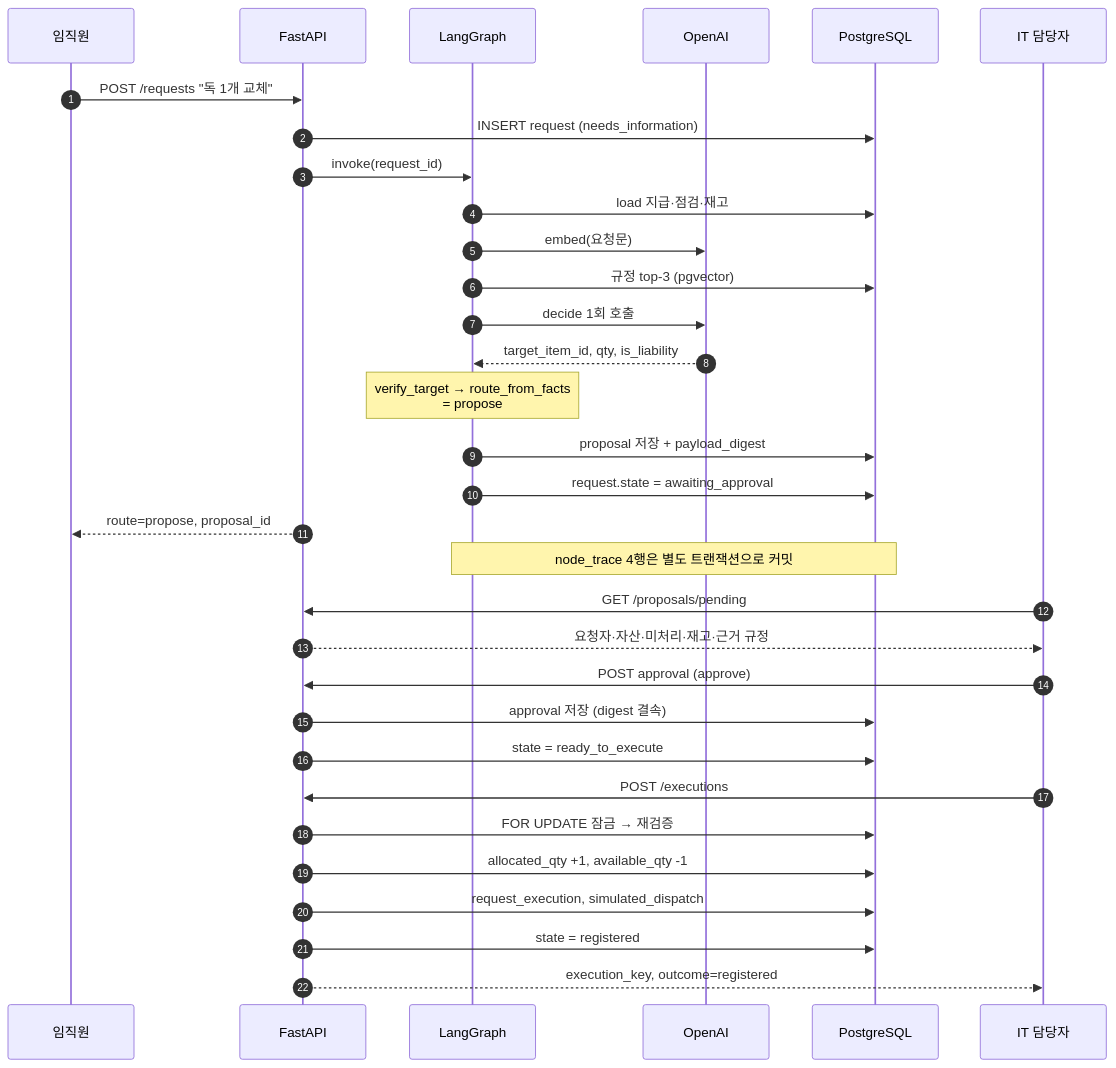
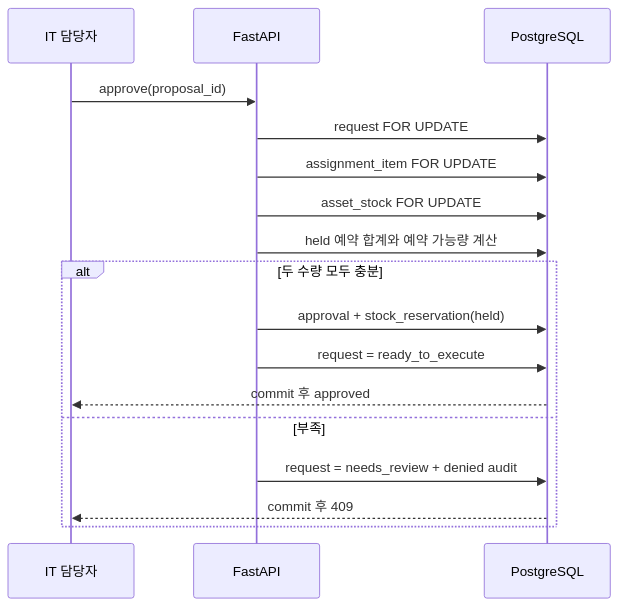
Before and after one commit to KatherineJH/portfolio_2026: the second of 4 diagrams in assetflow/docs/FLOW.md, drawn with Mermaid. The commit also changed other lines of this file and 10 other files, not shown here.

Commit message:
docs(assetflow): align architecture and verification evidence with reservation workflow

````diff
--- a/assetflow/docs/FLOW.md
+++ b/assetflow/docs/FLOW.md
@@ -117,37 +30,19 @@
 ```mermaid
 sequenceDiagram
-    autonumber
-    participant E as 임직원
+    participant O as IT 담당자
     participant A as FastAPI
-    participant G as LangGraph
-    participant L as OpenAI
     participant D as PostgreSQL
-    participant O as IT 담당자
-
-    E->>A: POST /requests "독 1개 교체"
-    A->>D: INSERT request (needs_information)
-    A->>G: invoke(request_id)
-    G->>D: load 지급·점검·재고
-    G->>L: embed(요청문)
-    G->>D: 규정 top-3 (pgvector)
-    G->>L: decide 1회 호출
-    L-->>G: target_item_id, qty, is_liability
-    Note over G: verify_target → route_from_facts<br/>= propose
-    G->>D: proposal 저장 + payload_digest
-    G->>D: request.state = awaiting_approval
-    A-->>E: route=propose, proposal_id
-    Note over G,D: node_trace 4행은 별도 트랜잭션으로 커밋
-
-    O->>A: GET /proposals/pending
-    A-->>O: 요청자·자산·미처리·재고·근거 규정
-    O->>A: POST approval (approve)
-    A->>D: approval 저장 (digest 결속)
-    A->>D: state = ready_to_execute
-
-    O->>A: POST /executions
-    A->>D: FOR UPDATE 잠금 → 재검증
-    A->>D: allocated_qty +1, available_qty -1
-    A->>D: request_execution, simulated_dispatch
-    A->>D: state = registered
-    A-->>O: execution_key, outcome=registered
+    O->>A: approve(proposal_id)
+    A->>D: request FOR UPDATE
+    A->>D: assignment_item FOR UPDATE
+    A->>D: asset_stock FOR UPDATE
+    A->>D: held 예약 합계와 예약 가능량 계산
+    alt 두 수량 모두 충분
+        A->>D: approval + stock_reservation(held)
+        A->>D: request = ready_to_execute
+        D-->>O: commit 후 approved
+    else 부족
+        A->>D: request = needs_review + denied audit
+        D-->>O: commit 후 409
+    end
 ```
````
